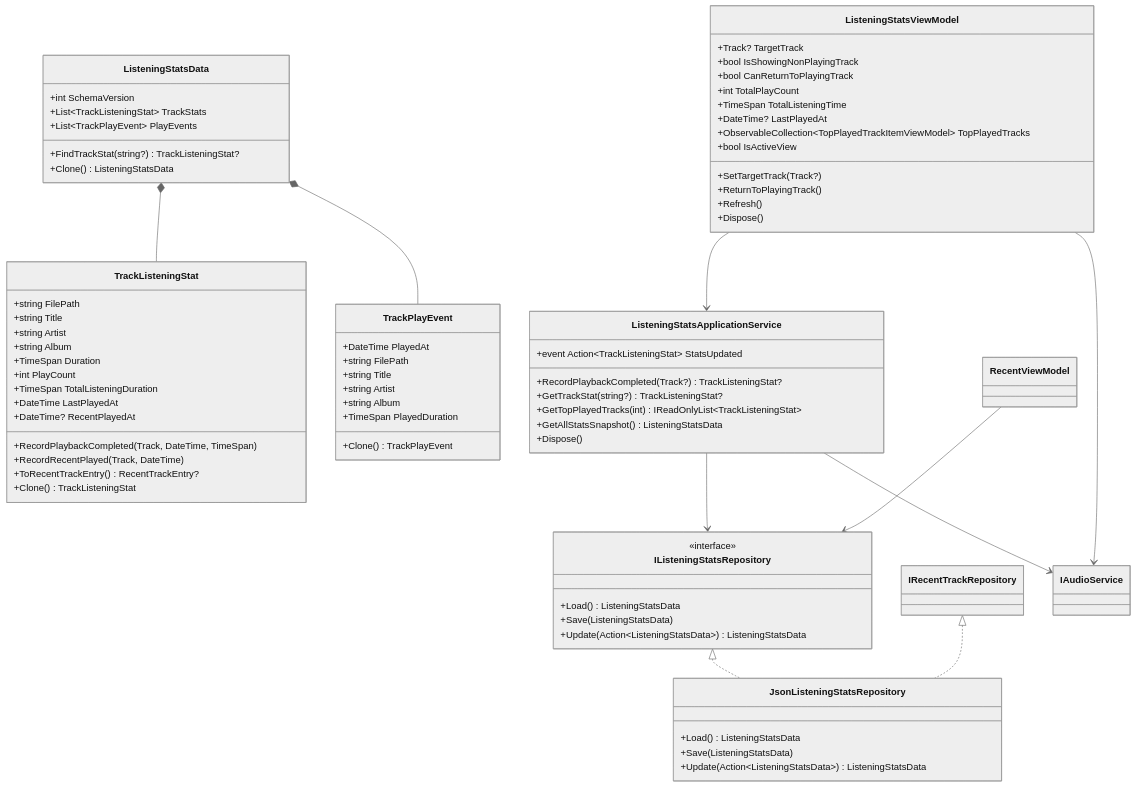
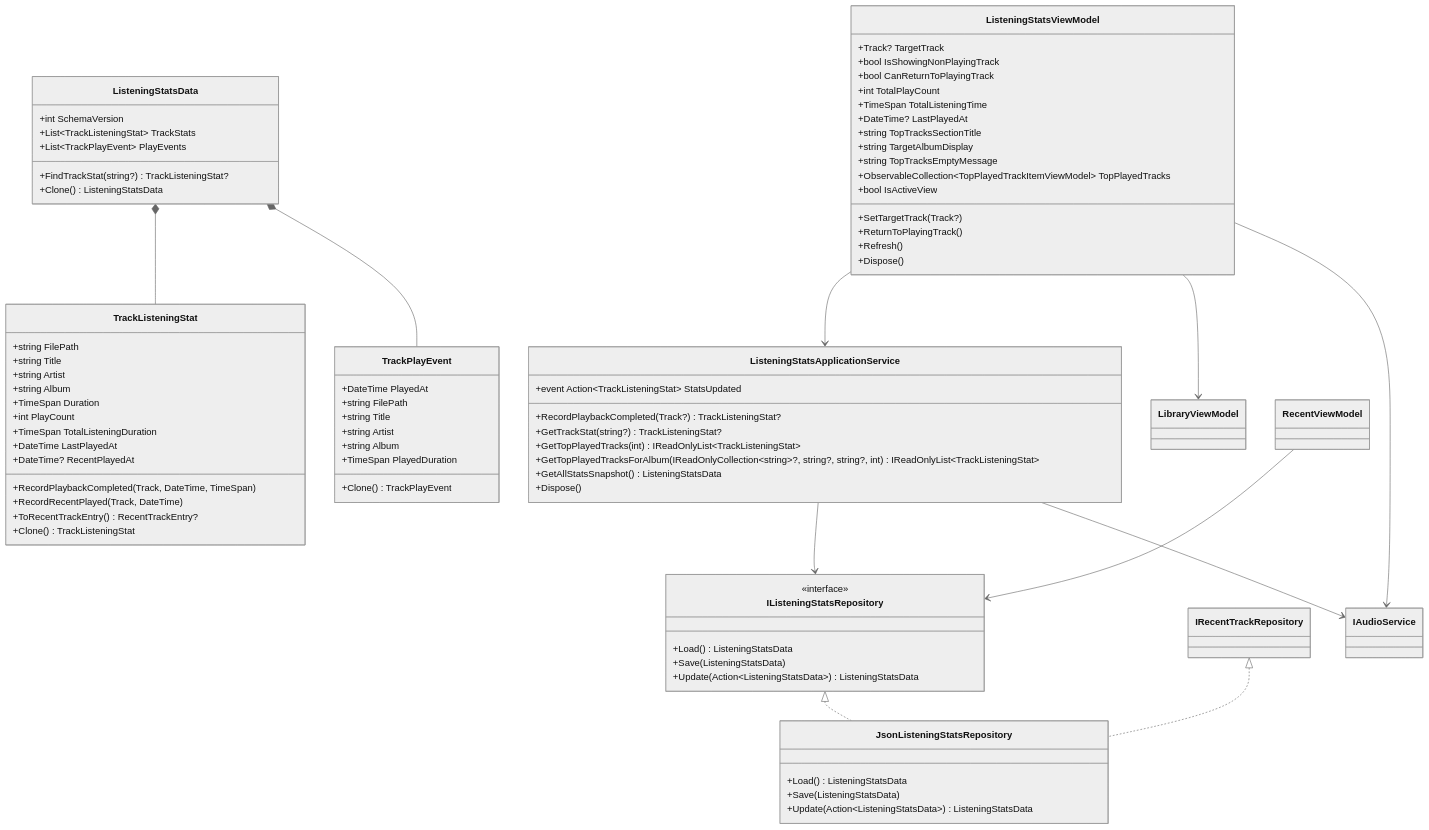
The first of 2 diagrams in 設計/詳細設計/リスニング統計ダッシュボード.md (taketonnbo/Audio_Effector), drawn with Mermaid (neutral theme) before and after one commit. The commit also changed other lines of this file and 6 other files, not shown here.

Commit message:
Docs: 📝 #470 Sync listening stats dashboard and architecture specifications

````diff
--- a/設計/詳細設計/リスニング統計ダッシュボード.md
+++ b/設計/詳細設計/リスニング統計ダッシュボード.md
@@ -69,6 +69,7 @@
         +RecordPlaybackCompleted(Track?) TrackListeningStat?
         +GetTrackStat(string?) TrackListeningStat?
         +GetTopPlayedTracks(int) IReadOnlyList~TrackListeningStat~
+        +GetTopPlayedTracksForAlbum(IReadOnlyCollection~string~?, string?, string?, int) IReadOnlyList~TrackListeningStat~
         +GetAllStatsSnapshot() ListeningStatsData
         +Dispose()
     }
@@ -80,6 +81,9 @@
         +int TotalPlayCount
         +TimeSpan TotalListeningTime
         +DateTime? LastPlayedAt
+        +string TopTracksSectionTitle
+        +string TargetAlbumDisplay
+        +string TopTracksEmptyMessage
         +ObservableCollection~TopPlayedTrackItemViewModel~ TopPlayedTracks
         +bool IsActiveView
         +SetTargetTrack(Track?)
@@ -96,5 +100,6 @@
     ListeningStatsApplicationService --> IAudioService
     ListeningStatsViewModel --> ListeningStatsApplicationService
     ListeningStatsViewModel --> IAudioService
+    ListeningStatsViewModel --> LibraryViewModel
     RecentViewModel --> IListeningStatsRepository
 ```
````
